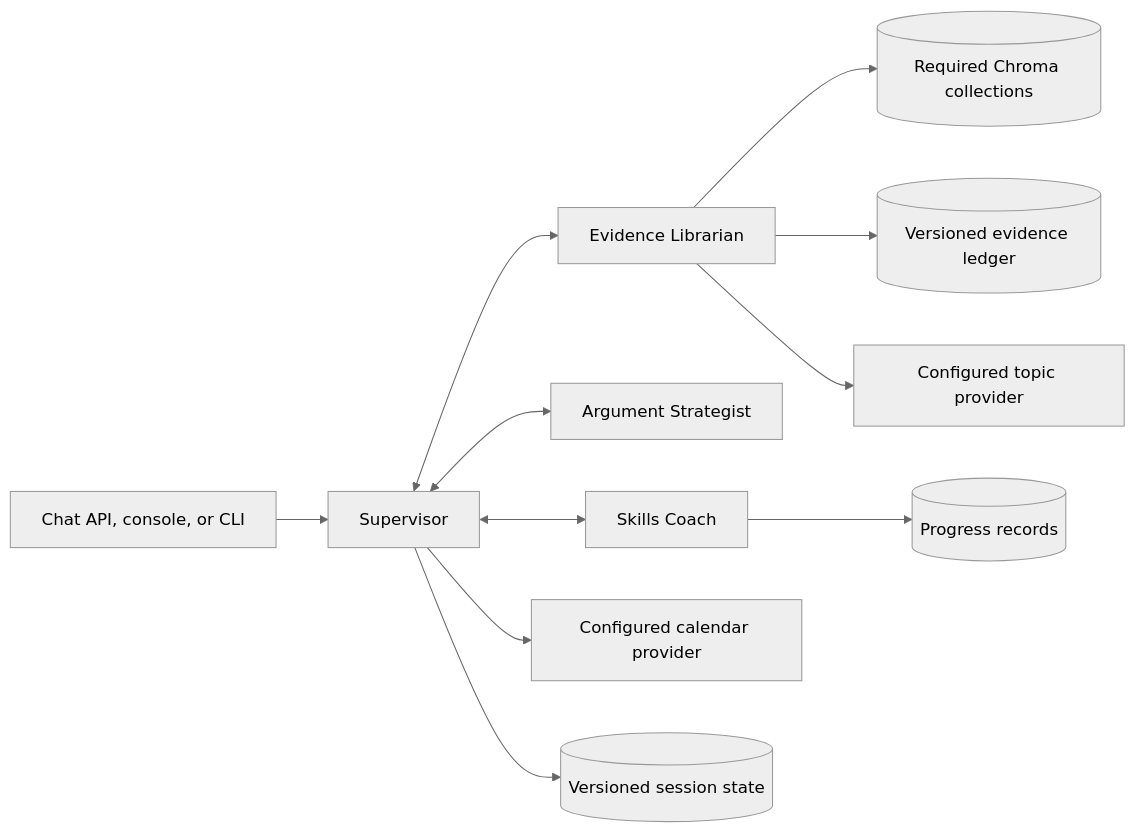
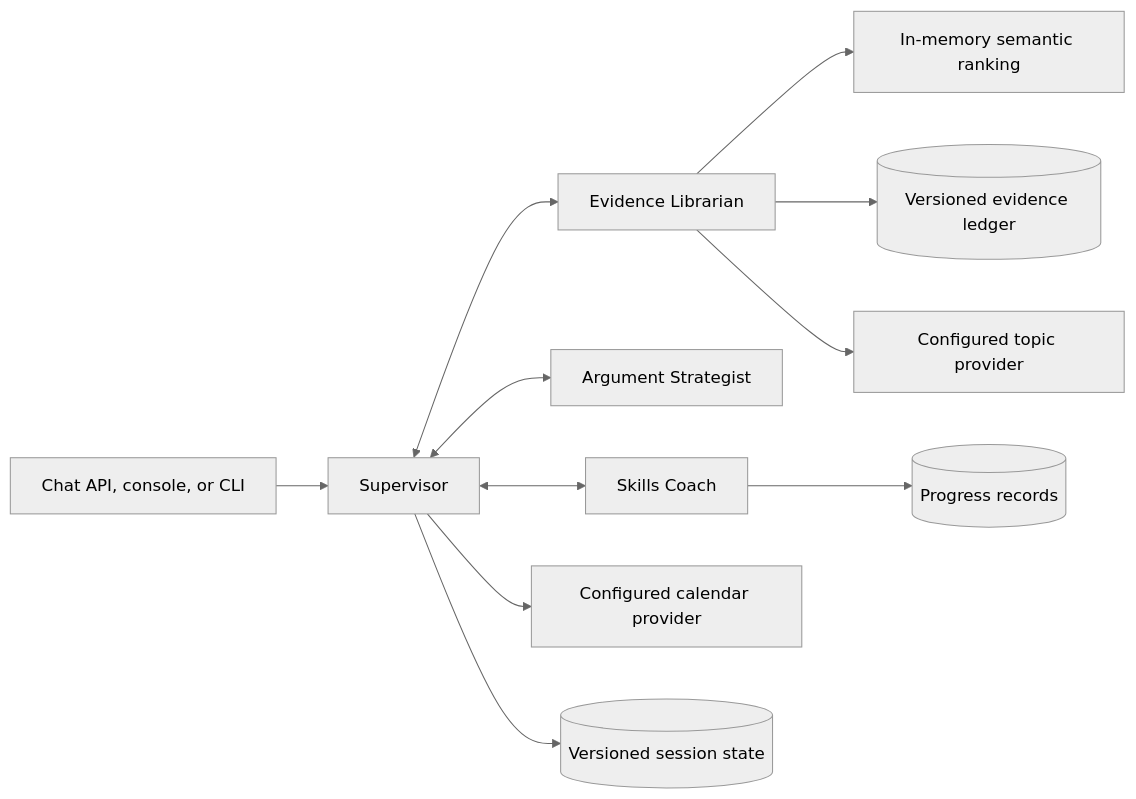
Before and after one commit to kevinxuez/ai-accelerate: the diagram in README.md, drawn with Mermaid (neutral theme). The commit also changed other lines of this file and 70 other files, not shown here.

````diff
--- a/README.md
+++ b/README.md
@@ -20,13 +20,13 @@
 ```mermaid
 flowchart LR
     Client[Chat API, console, or CLI] --> Supervisor
     Supervisor <--> Librarian[Evidence Librarian]
     Supervisor <--> Strategist[Argument Strategist]
     Supervisor <--> Coach[Skills Coach]
     Supervisor --> Calendar[Configured calendar provider]
-    Librarian --> Chroma[(Required Chroma collections)]
+    Librarian --> Retrieval[In-memory semantic ranking]
     Librarian --> Ledger[(Versioned evidence ledger)]
     Librarian --> NSDA[Configured topic provider]
     Coach --> Progress[(Progress records)]
     Supervisor --> State[(Versioned session state)]
 ```
````
